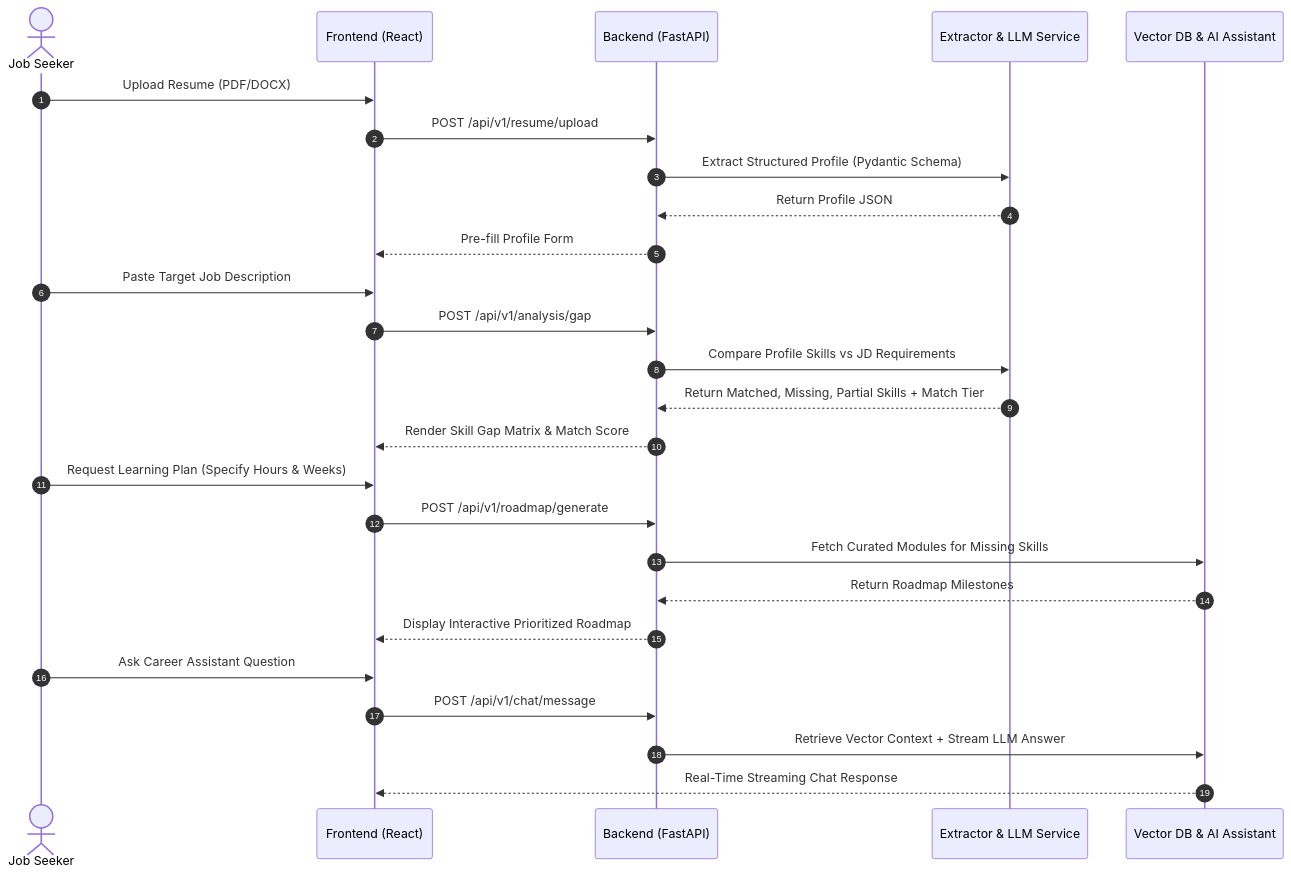
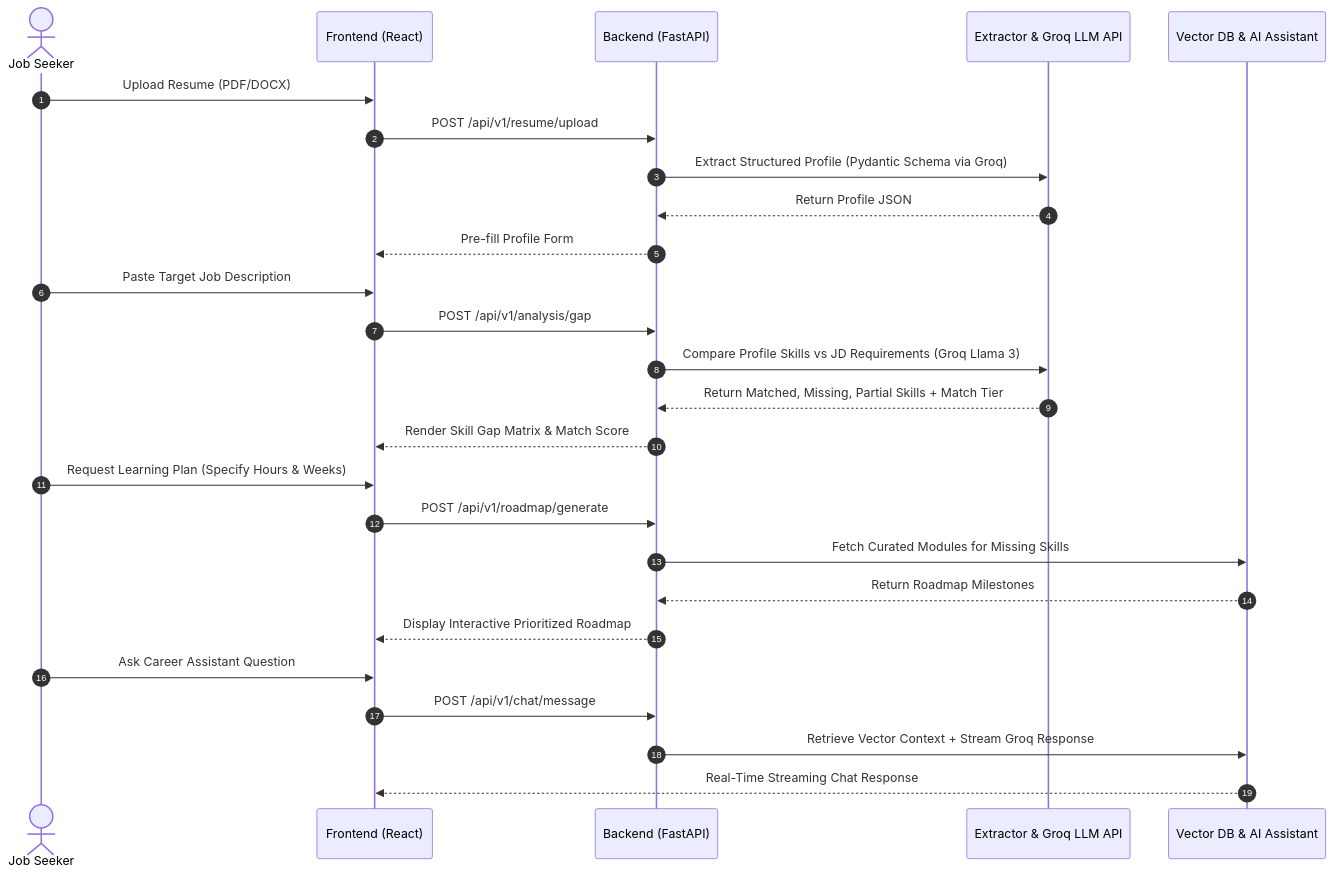
One commit to Suhira30/career-compass-ai changed the second of 3 diagrams in README.md. Above: the diagram before and after it, drawn with Mermaid. The commit also changed other lines of this file, not shown here.

````diff
--- a/README.md
+++ b/README.md
@@ -161,32 +177,32 @@
 ```mermaid
 sequenceDiagram
     autonumber
     actor User as Job Seeker
     participant UI as Frontend (React)
     participant API as Backend (FastAPI)
-    participant AI as Extractor & LLM Service
+    participant AI as Extractor & Groq LLM API
     participant RAG as Vector DB & AI Assistant
 
     User->>UI: Upload Resume (PDF/DOCX)
     UI->>API: POST /api/v1/resume/upload
-    API->>AI: Extract Structured Profile (Pydantic Schema)
+    API->>AI: Extract Structured Profile (Pydantic Schema via Groq)
     AI-->>API: Return Profile JSON
     API-->>UI: Pre-fill Profile Form
 
     User->>UI: Paste Target Job Description
     UI->>API: POST /api/v1/analysis/gap
-    API->>AI: Compare Profile Skills vs JD Requirements
+    API->>AI: Compare Profile Skills vs JD Requirements (Groq Llama 3)
     AI-->>API: Return Matched, Missing, Partial Skills + Match Tier
     API-->>UI: Render Skill Gap Matrix & Match Score
 
     User->>UI: Request Learning Plan (Specify Hours & Weeks)
     UI->>API: POST /api/v1/roadmap/generate
     API->>RAG: Fetch Curated Modules for Missing Skills
     RAG-->>API: Return Roadmap Milestones
     API-->>UI: Display Interactive Prioritized Roadmap
 
     User->>UI: Ask Career Assistant Question
     UI->>API: POST /api/v1/chat/message
-    API->>RAG: Retrieve Vector Context + Stream LLM Answer
+    API->>RAG: Retrieve Vector Context + Stream Groq Response
     RAG-->>UI: Real-Time Streaming Chat Response
 ```
````
